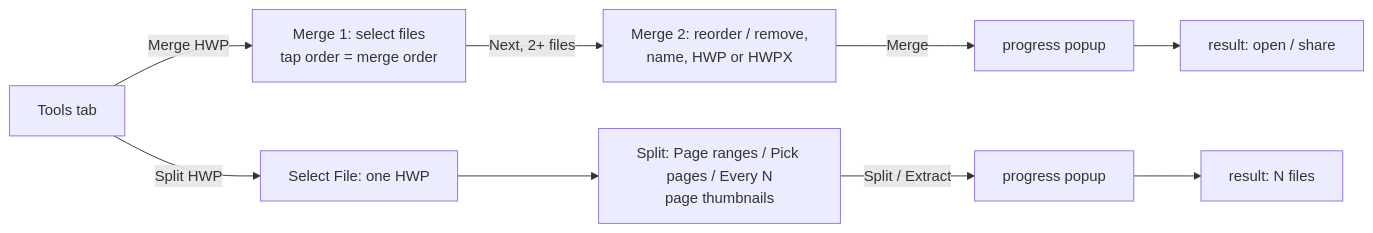
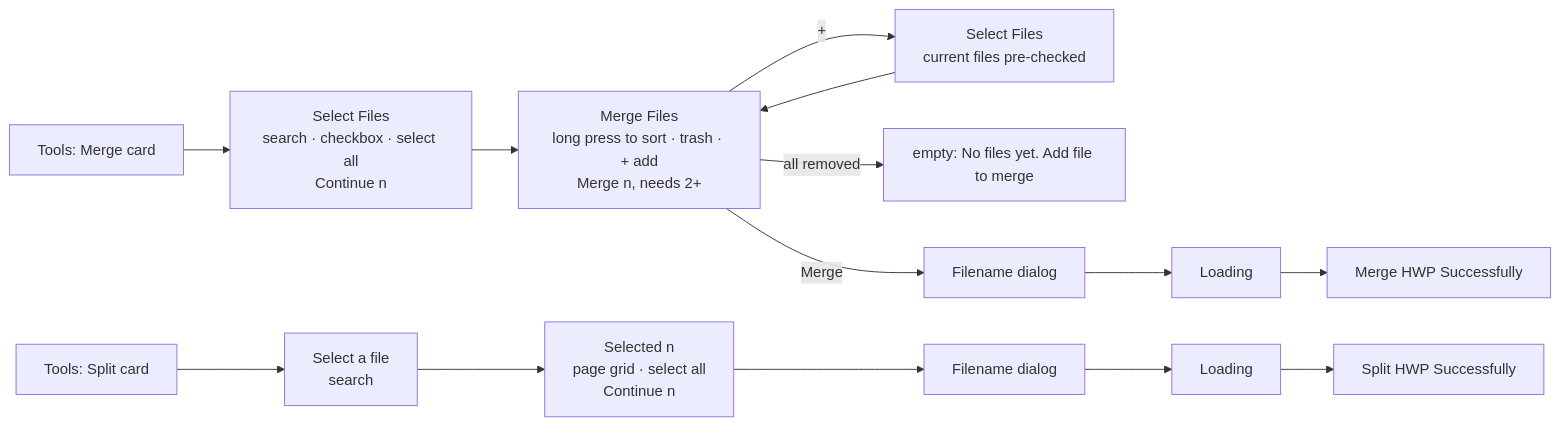
Before and after one commit to nguyenhuudat98bn/esi05_hwp: the diagram in docs/flows/hwp-merge-split-poc.md, drawn with Mermaid. The commit also changed other lines of this file and 72 other files, not shown here.

First line of the commit message:
feat(merge-split): implement Figma Merge HWP / Split HWP designs

````diff
--- a/docs/flows/hwp-merge-split-poc.md
+++ b/docs/flows/hwp-merge-split-poc.md
@@ -8,8 +9,10 @@
 ```mermaid
 flowchart LR
-  T[Tools tab] -->|Merge HWP| MS[Merge 1: select files<br/>tap order = merge order]
-  MS -->|Next, 2+ files| MO[Merge 2: reorder / remove,<br/>name, HWP or HWPX]
-  MO -->|Merge| MP[progress popup] --> MD[result: open / share]
-  T -->|Split HWP| SF[Select File: one HWP] --> SP[Split: Page ranges / Pick pages / Every N<br/>page thumbnails]
-  SP -->|Split / Extract| SPP[progress popup] --> SD[result: N files]
+  T[Tools: Merge card] --> MS[Select Files<br/>search · checkbox · select all<br/>Continue n]
+  MS --> MF[Merge Files<br/>long press to sort · trash · + add<br/>Merge n, needs 2+]
+  MF -->|+| MS2[Select Files<br/>current files pre-checked] --> MF
+  MF -->|all removed| ME[empty: No files yet. Add file to merge]
+  MF -->|Merge| N1[Filename dialog] --> L1[Loading] --> D1[Merge HWP Successfully]
+  T2[Tools: Split card] --> SF[Select a file<br/>search] --> SP[Selected n<br/>page grid · select all<br/>Continue n]
+  SP --> N2[Filename dialog] --> L2[Loading] --> D2[Split HWP Successfully]
 ```
````
